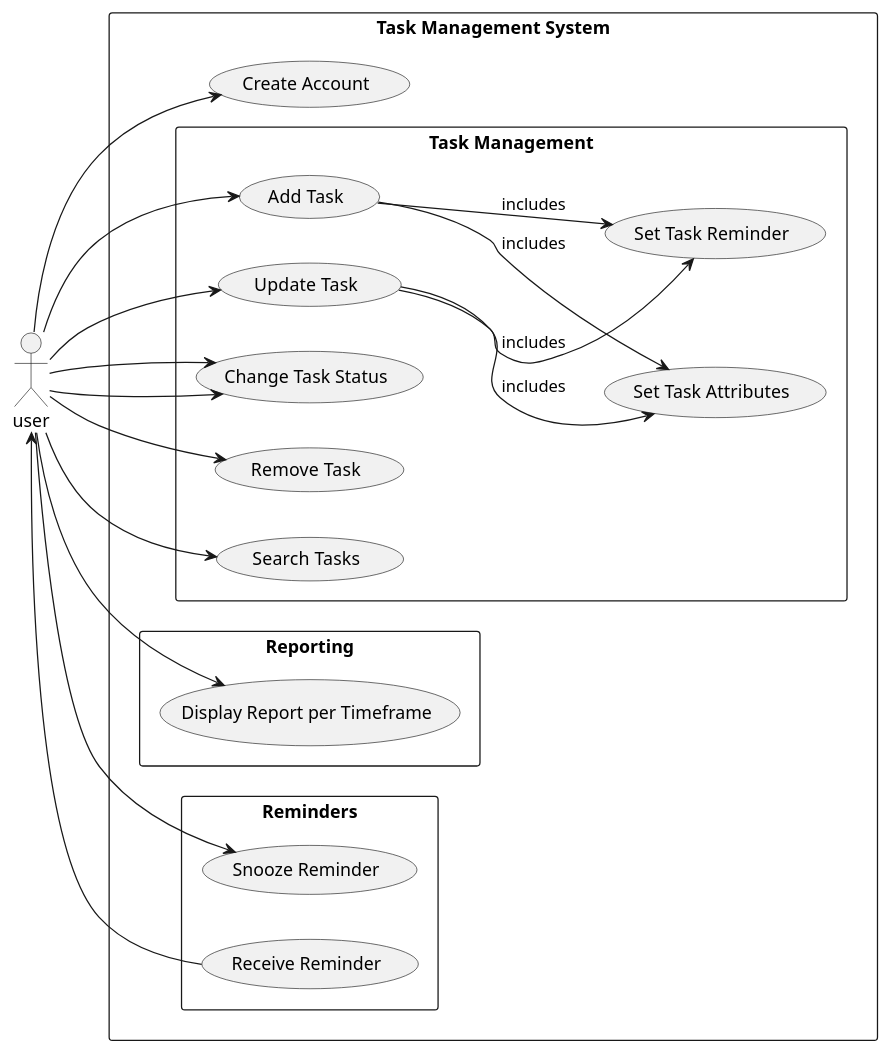
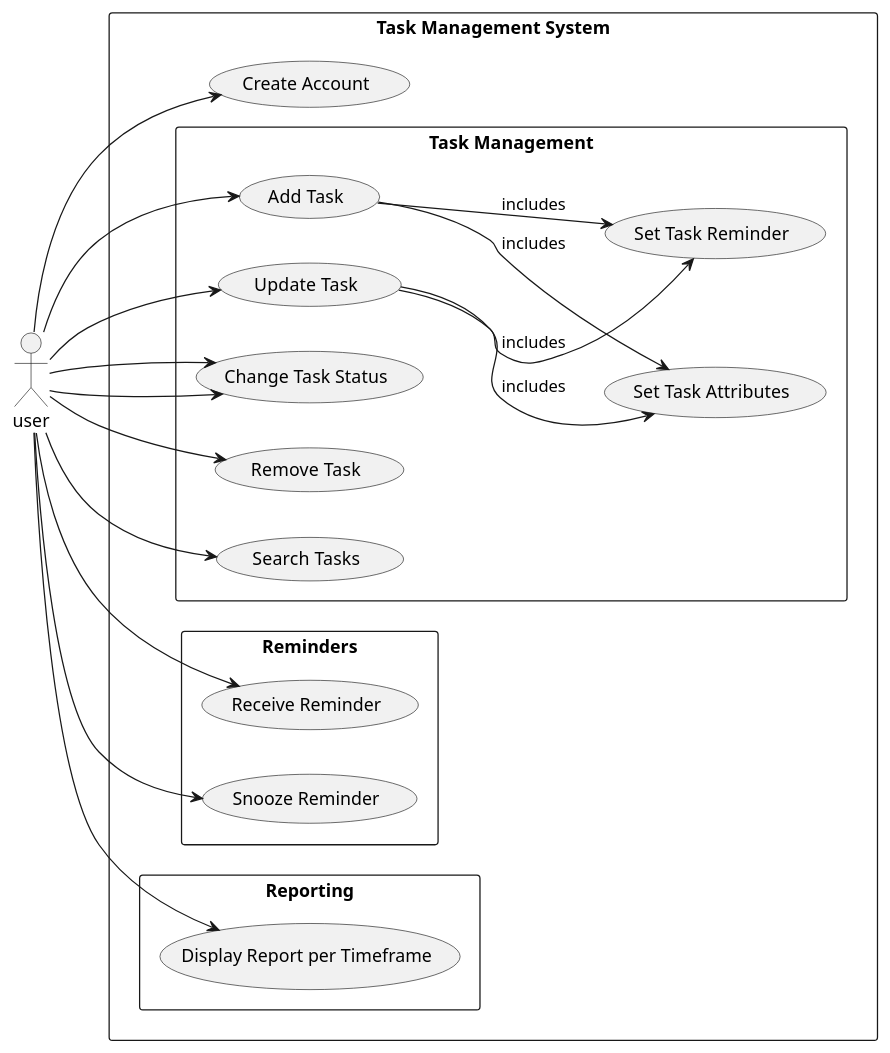
Before and after one commit to rofidakhaled/On-Time: the diagram in usecases/use_case_diagram.puml, drawn with PlantUML. The commit also changed 10 other files, not shown here.

Commit message:
activ diagrams

```diff
--- a/usecases/use_case_diagram.puml
+++ b/usecases/use_case_diagram.puml
@@ -1,57 +1,57 @@
 @startuml use-case
 left to right direction
 
 actor user
 
 
 rectangle "Task Management System" {
     usecase "Create Account" as UC1
 
     rectangle "Task Management" {
         usecase "Add Task" as UC2
         usecase "Set Task Attributes" as UC3
         usecase "Set Task Reminder" as UC4
         usecase "Update Task" as UC7
         usecase "Change Task Status" as UC6
         usecase "Remove Task" as UC8
         usecase "Search Tasks" as UC5
     }
 
     rectangle "Reminders" {
         usecase "Receive Reminder" as UC9
         usecase "Snooze Reminder" as UC10
     }
 
     rectangle "Reporting" {
 
         usecase "Display Report per Timeframe" as UC12
     }
 
 }
 
 ' User interactions
 user --> UC1
 user --> UC2
 user --> UC5
 user --> UC6
 user --> UC8
 user --> UC10
 user --> UC12
 user --> UC7
 user --> UC6
+user --> UC9
 
 
 ' Relationships between use cases
 UC2 --> UC3 : includes
 UC2 --> UC4 : includes
 UC7 --> UC3 : includes
 UC7 --> UC4 : includes
 
 
 
 
-' Reminder notifications
-UC9 --> user
+
 
 
 @enduml
```
